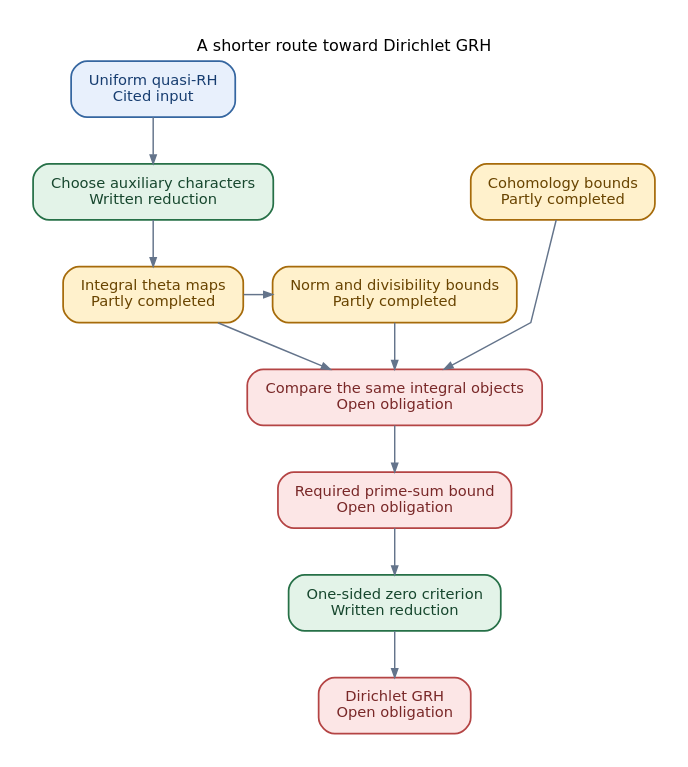
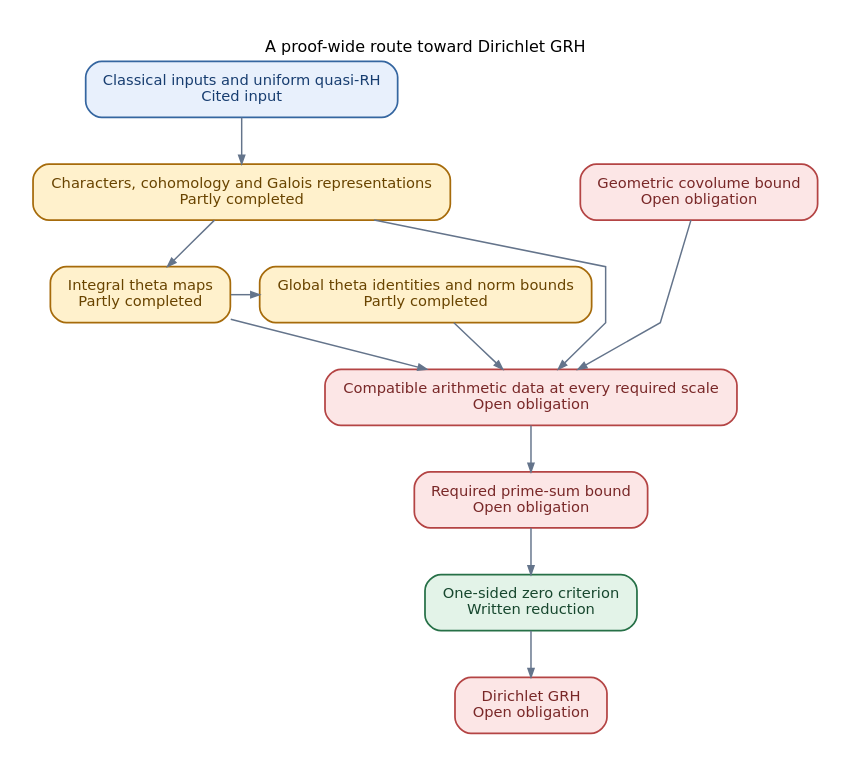
The diagram in blueprint/overview.dot (JoseBrox/GRH_distillation), drawn with Graphviz before and after one commit. The commit also changed 53 other files, not shown here.

```diff
--- a/blueprint/overview.dot
+++ b/blueprint/overview.dot
@@ -1,27 +1,28 @@
 digraph proof {
 graph [rankdir=TB, bgcolor="white", pad="0.24", nodesep="0.30", ranksep="0.48",
-  fontname="DejaVu Sans", fontsize=12, labelloc=t, label="A shorter route toward Dirichlet GRH", splines=polyline];
+  fontname="DejaVu Sans", fontsize=12, labelloc=t, label="A proof-wide route toward Dirichlet GRH", splines=polyline];
 node [shape=box, style="rounded,filled", fontname="DejaVu Sans", fontsize=11,
   margin="0.18,0.12", penwidth=1.3];
 edge [color="#64748B", penwidth=1.1, arrowsize=0.65];
-"qrh" [label="Uniform quasi-RH\nCited input", fillcolor="#E8F0FC", color="#3566A0", fontcolor="#173D70"];
-"choices" [label="Choose auxiliary characters\nWritten reduction", fillcolor="#E3F3E8", color="#267047", fontcolor="#17472E"];
-"cohomology" [label="Cohomology bounds\nPartly completed", fillcolor="#FFF1CC", color="#A66B0B", fontcolor="#694400"];
-"maps" [label="Integral theta maps\nPartly completed", fillcolor="#FFF1CC", color="#A66B0B", fontcolor="#694400"];
-"norms" [label="Norm and divisibility bounds\nPartly completed", fillcolor="#FFF1CC", color="#A66B0B", fontcolor="#694400"];
-"assembly" [label="Compare the same integral objects\nOpen obligation", fillcolor="#FCE6E6", color="#B44444", fontcolor="#792828"];
-"prime_sum" [label="Required prime-sum bound\nOpen obligation", fillcolor="#FCE6E6", color="#B44444", fontcolor="#792828"];
+"inputs" [label="Classical inputs and uniform quasi-RH\nCited input", fillcolor="#E8F0FC", color="#3566A0", fontcolor="#173D70"];
+"arithmetic" [label="Characters, cohomology and Galois representations\nPartly completed", fillcolor="#FFF1CC", color="#A66B0B", fontcolor="#694400"];
+"theta" [label="Integral theta maps\nPartly completed", fillcolor="#FFF1CC", color="#A66B0B", fontcolor="#694400"];
+"geometry" [label="Geometric covolume bound\nOpen obligation", fillcolor="#FCE6E6", color="#B44444", fontcolor="#792828"];
+"global_norms" [label="Global theta identities and norm bounds\nPartly completed", fillcolor="#FFF1CC", color="#A66B0B", fontcolor="#694400"];
+"compatible" [label="Compatible arithmetic data at every required scale\nOpen obligation", fillcolor="#FCE6E6", color="#B44444", fontcolor="#792828"];
+"bound" [label="Required prime-sum bound\nOpen obligation", fillcolor="#FCE6E6", color="#B44444", fontcolor="#792828"];
 "criterion" [label="One-sided zero criterion\nWritten reduction", fillcolor="#E3F3E8", color="#267047", fontcolor="#17472E"];
 "grh" [label="Dirichlet GRH\nOpen obligation", fillcolor="#FCE6E6", color="#B44444", fontcolor="#792828"];
-"qrh" -> "choices";
-"choices" -> "maps";
-"maps" -> "norms";
-"maps" -> "assembly";
-"cohomology" -> "assembly";
-"norms" -> "assembly";
-"assembly" -> "prime_sum";
-"prime_sum" -> "criterion";
+"inputs" -> "arithmetic";
+"arithmetic" -> "theta";
+"theta" -> "global_norms";
+"arithmetic" -> "compatible";
+"theta" -> "compatible";
+"geometry" -> "compatible";
+"global_norms" -> "compatible";
+"compatible" -> "bound";
+"bound" -> "criterion";
 "criterion" -> "grh";
-{rank=same; "choices"; "cohomology";}
-{rank=same; "maps"; "norms";}
+{rank=same; "arithmetic"; "geometry";}
+{rank=same; "theta"; "global_norms";}
 }
```
